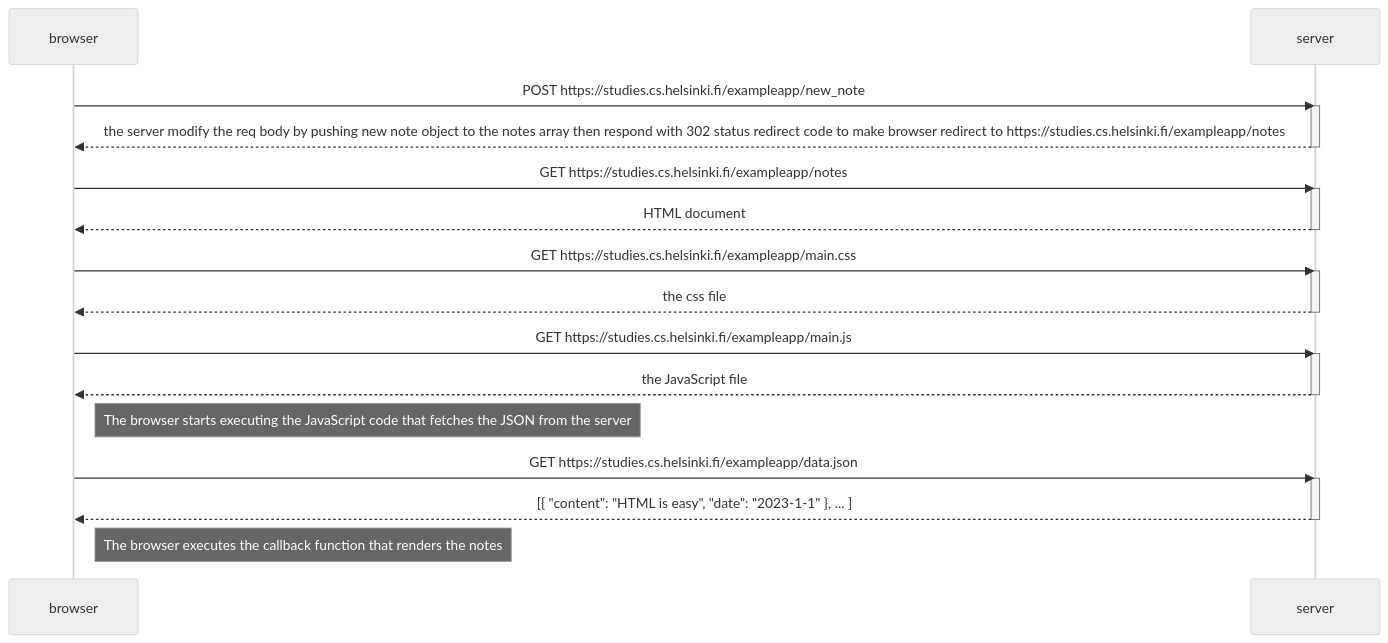
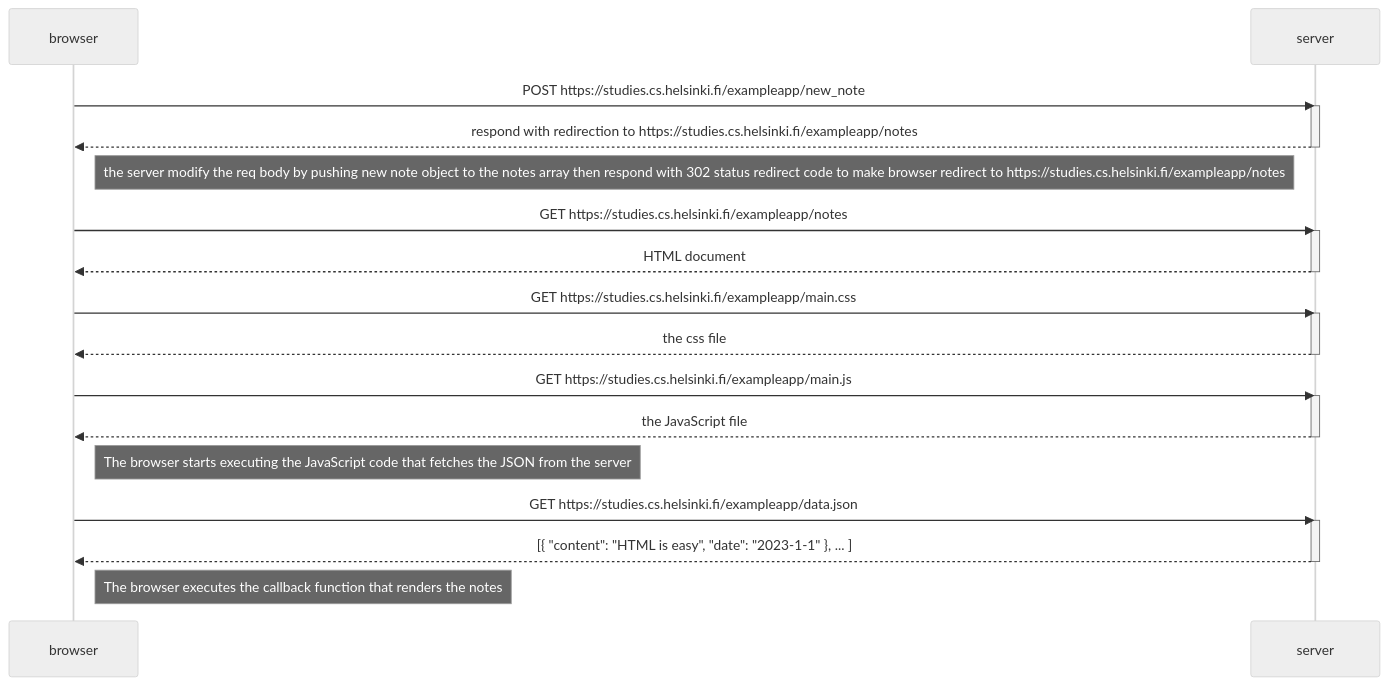
Before and after one commit to mohamed20163858/reviewReact: the diagram in part0/README.md, drawn with Mermaid (neutral theme).

Commit message:
Finish exercise 0.4

````diff
--- a/part0/README.md
+++ b/part0/README.md
@@ -5,36 +5,38 @@
 ```mermaid
 sequenceDiagram
 participant browser
 participant server
 
     browser->>server: POST https://studies.cs.helsinki.fi/exampleapp/new_note
     activate server
-    server-->>browser: the server modify the req body by pushing new note object to the notes array then respond with 302 status redirect code to make browser redirect to https://studies.cs.helsinki.fi/exampleapp/notes
+    server-->>browser: respond with redirection to https://studies.cs.helsinki.fi/exampleapp/notes
     deactivate server
+
+    Note right of browser: the server modify the req body by pushing new note object to the notes array then respond with 302 status redirect code to make browser redirect to https://studies.cs.helsinki.fi/exampleapp/notes
 
     browser->>server: GET https://studies.cs.helsinki.fi/exampleapp/notes
     activate server
     server-->>browser: HTML document
     deactivate server
 
 
     browser->>server: GET https://studies.cs.helsinki.fi/exampleapp/main.css
     activate server
     server-->>browser: the css file
     deactivate server
 
     browser->>server: GET https://studies.cs.helsinki.fi/exampleapp/main.js
     activate server
     server-->>browser: the JavaScript file
     deactivate server
 
     Note right of browser: The browser starts executing the JavaScript code that fetches the JSON from the server
 
     browser->>server: GET https://studies.cs.helsinki.fi/exampleapp/data.json
     activate server
     server-->>browser: [{ "content": "HTML is easy", "date": "2023-1-1" }, ... ]
     deactivate server
 
     Note right of browser: The browser executes the callback function that renders the notes
 
 ```
````
